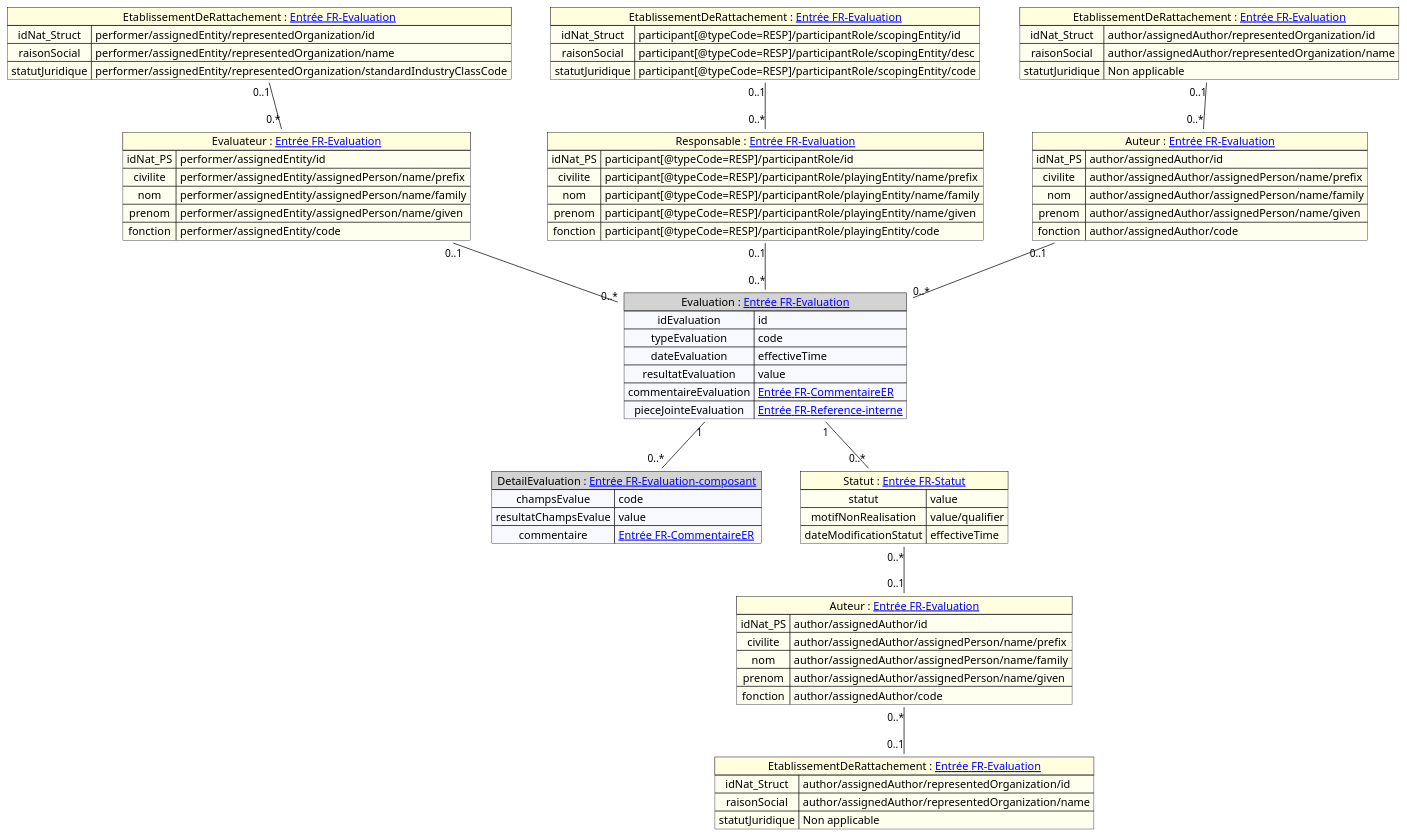
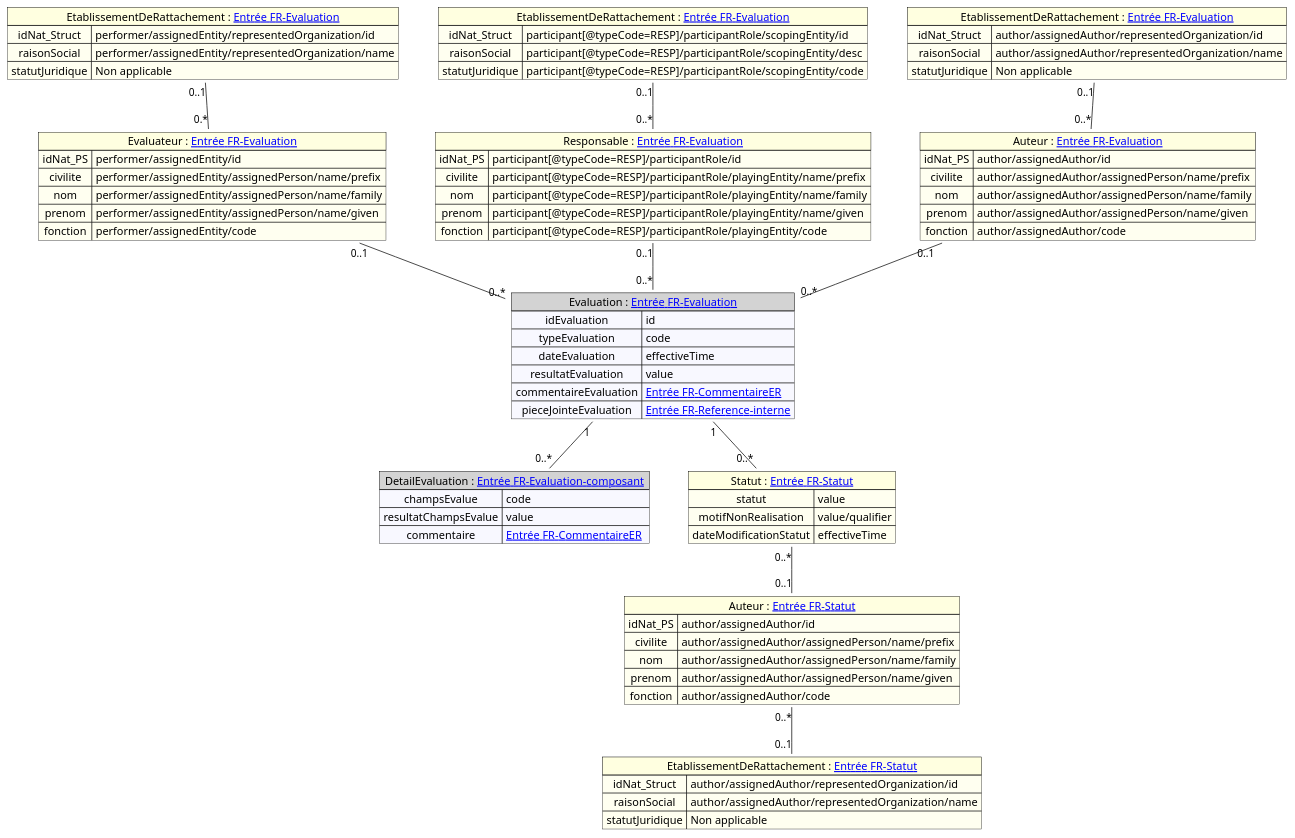
The diagram in input/images-source/mapping_evaluation.plantuml (ansforge/IG-fhir-transfert-donnees-dui-esms), drawn with PlantUML before and after one commit. The commit also changed 3 other files, not shown here.

```diff
--- a/input/images-source/mapping_evaluation.plantuml
+++ b/input/images-source/mapping_evaluation.plantuml
@@ -1,95 +1,95 @@
 @startuml
 
 
 map "Evaluation : [[contenu_dossier_corps_cda.html Entrée FR-Evaluation]]" as Evaluation #back:GhostWhite;header:LightGray{
     idEvaluation => id
     typeEvaluation => code
     dateEvaluation => effectiveTime
     resultatEvaluation => value
     commentaireEvaluation => [[contenu_dossier_corps_cda.html Entrée FR-CommentaireER]]
     pieceJointeEvaluation => [[contenu_dossier_corps_cda.html Entrée FR-Reference-interne]]
 }
 
 
 map "DetailEvaluation : [[contenu_dossier_corps_cda.html Entrée FR-Evaluation-composant]]" as DetailEvaluation #back:GhostWhite;header:LightGray{
     champsEvalue => code
     resultatChampsEvalue => value
     commentaire => [[contenu_dossier_corps_cda.html Entrée FR-CommentaireER]]
 }
 
 map "Evaluateur : [[contenu_dossier_corps_cda.html Entrée FR-Evaluation]]" as Evaluateur#back:Ivory;header:LightYellow {
     idNat_PS => performer/assignedEntity/id
     civilite => performer/assignedEntity/assignedPerson/name/prefix
     nom => performer/assignedEntity/assignedPerson/name/family
     prenom => performer/assignedEntity/assignedPerson/name/given
     fonction => performer/assignedEntity/code
 }
 
 map "EtablissementDeRattachement : [[contenu_dossier_corps_cda.html Entrée FR-Evaluation]]" as etablissementDeRattachementEval #back:Ivory;header:LightYellow {
     idNat_Struct => performer/assignedEntity/representedOrganization/id
     raisonSocial => performer/assignedEntity/representedOrganization/name
-    statutJuridique =>  performer/assignedEntity/representedOrganization/standardIndustryClassCode
+    statutJuridique =>  Non applicable
 }
 
 map "Responsable : [[contenu_dossier_corps_cda.html Entrée FR-Evaluation]]" as Responsable#back:Ivory;header:LightYellow {
     idNat_PS => participant[@typeCode=RESP]/participantRole/id
     civilite => participant[@typeCode=RESP]/participantRole/playingEntity/name/prefix
     nom => participant[@typeCode=RESP]/participantRole/playingEntity/name/family
     prenom => participant[@typeCode=RESP]/participantRole/playingEntity/name/given
     fonction => participant[@typeCode=RESP]/participantRole/playingEntity/code
 }
 
 map "EtablissementDeRattachement : [[contenu_dossier_corps_cda.html Entrée FR-Evaluation]]" as etablissementDeRattachementResp #back:Ivory;header:LightYellow {
     idNat_Struct => participant[@typeCode=RESP]/participantRole/scopingEntity/id
     raisonSocial => participant[@typeCode=RESP]/participantRole/scopingEntity/desc
     statutJuridique => participant[@typeCode=RESP]/participantRole/scopingEntity/code
 }
 
 map "Auteur : [[contenu_dossier_corps_cda.html Entrée FR-Evaluation]]" as Auteur#back:Ivory;header:LightYellow {
     idNat_PS => author/assignedAuthor/id
     civilite => author/assignedAuthor/assignedPerson/name/prefix
     nom => author/assignedAuthor/assignedPerson/name/family
     prenom => author/assignedAuthor/assignedPerson/name/given
     fonction => author/assignedAuthor/code
 }
 
 map "EtablissementDeRattachement : [[contenu_dossier_corps_cda.html Entrée FR-Evaluation]]" as etablissementDeRattachementAuth #back:Ivory;header:LightYellow {
     idNat_Struct => author/assignedAuthor/representedOrganization/id
     raisonSocial => author/assignedAuthor/representedOrganization/name
     statutJuridique => Non applicable
 }
 
 map "Statut : [[contenu_dossier_corps_cda.html Entrée FR-Statut]]" as Statut #back:Ivory;header:LightYellow{
     statut => value
     motifNonRealisation => value/qualifier
     dateModificationStatut => effectiveTime
 }
 
-map "Auteur : [[contenu_dossier_corps_cda.html Entrée FR-Evaluation]]" as AuteurStatut #back:Ivory;header:LightYellow {
+map "Auteur : [[contenu_dossier_corps_cda.html Entrée FR-Statut]]" as AuteurStatut #back:Ivory;header:LightYellow {
     idNat_PS => author/assignedAuthor/id
     civilite => author/assignedAuthor/assignedPerson/name/prefix
     nom => author/assignedAuthor/assignedPerson/name/family
     prenom => author/assignedAuthor/assignedPerson/name/given
     fonction => author/assignedAuthor/code
 }
 
-map "EtablissementDeRattachement : [[contenu_dossier_corps_cda.html Entrée FR-Evaluation]]" as etablissementDeRattachementAuthStatut #back:Ivory;header:LightYellow {
+map "EtablissementDeRattachement : [[contenu_dossier_corps_cda.html Entrée FR-Statut]]" as etablissementDeRattachementAuthStatut #back:Ivory;header:LightYellow {
     idNat_Struct => author/assignedAuthor/representedOrganization/id
     raisonSocial => author/assignedAuthor/representedOrganization/name
     statutJuridique => Non applicable
 }
 
 'Liens entre éléments
 Evaluateur "0..1" -- "0..*" Evaluation
 Responsable "0..1" -- "0..*" Evaluation
 Auteur "0..1" -- "0..*" Evaluation
 Evaluation "1" -- "0..*" DetailEvaluation
 Evaluation "1" -- "0..*" Statut
 etablissementDeRattachementResp "0..1" -- "0..*" Responsable
 etablissementDeRattachementEval "0..1" -- "0.*" Evaluateur
 etablissementDeRattachementAuth "0..1" -- "0..*" Auteur
 Statut "0..*" -- "0..1" AuteurStatut
 AuteurStatut "0..*" -- "0..1" etablissementDeRattachementAuthStatut
 
 
 @enduml
```
